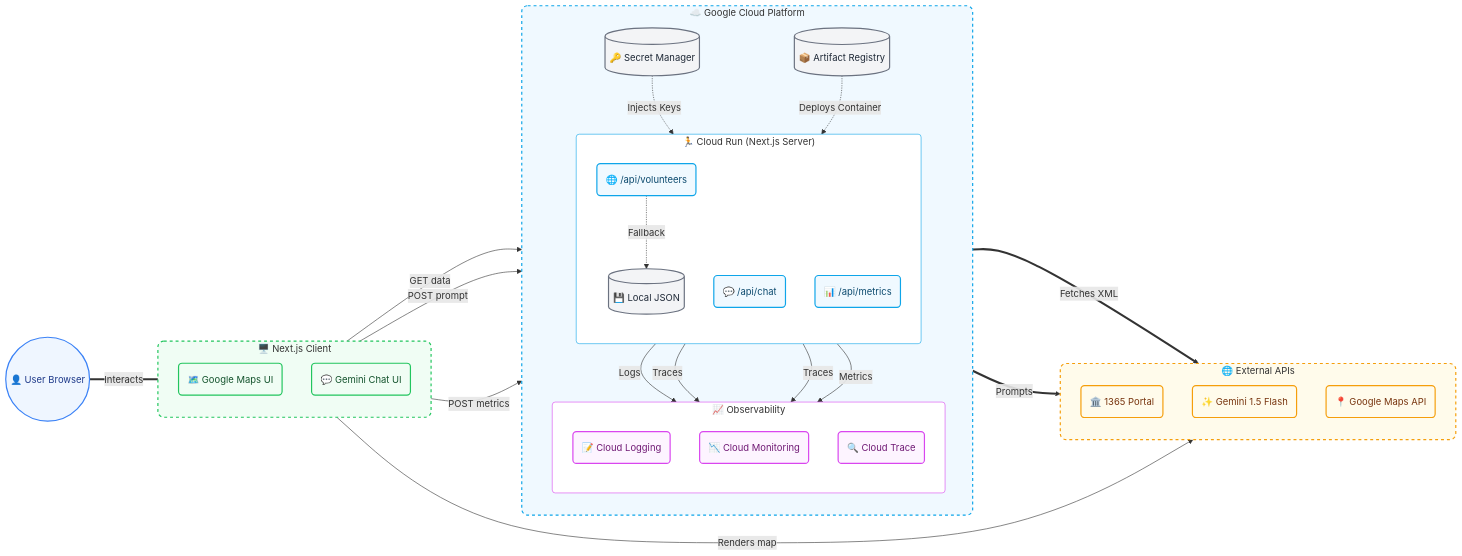
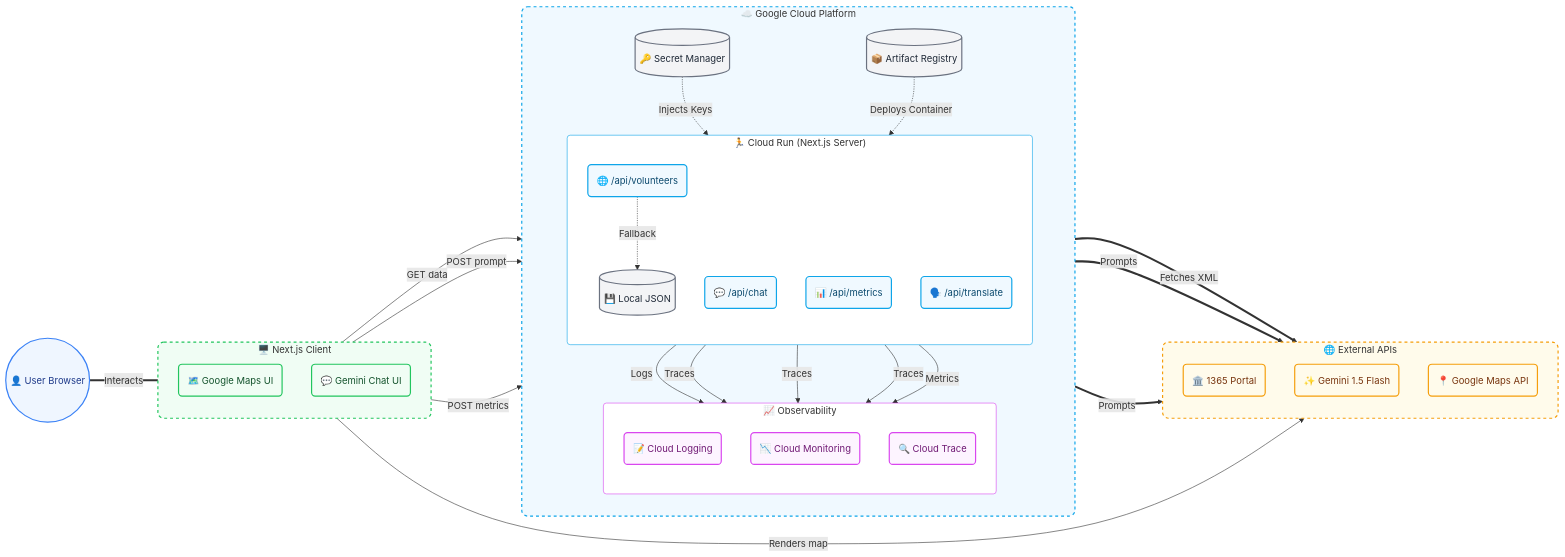
One commit to bbb1293/volunteer-map-korea changed the diagram in README.md. Above: the diagram before and after it, drawn with Mermaid. The commit also changed other lines of this file, not shown here.

Commit message:
docs: clarify local .env vs Secret Manager & add translation API to diagram

````diff
--- a/README.md
+++ b/README.md
@@ -63,6 +63,7 @@
             API_Vol("🌐 /api/volunteers"):::gcpNode
             API_Chat("💬 /api/chat"):::gcpNode
             API_Met("📊 /api/metrics"):::gcpNode
+            API_Trans("🗣️ /api/translate"):::gcpNode
             Cache[("💾 Local JSON")]:::dbNode
         end
         
@@ -97,6 +98,7 @@
     API_Vol -.->|"Fallback"| Cache
     
     API_Chat ==>|"Prompts"| Gem
+    API_Trans ==>|"Prompts"| Gem
     
     Sec -.->|"Injects Keys"| CloudRun
     Art -.->|"Deploys Container"| CloudRun
@@ -104,5 +106,6 @@
     API_Met -->|"Logs"| Log
     API_Vol -->|"Traces"| Trace
     API_Chat -->|"Traces"| Trace
+    API_Trans -->|"Traces"| Trace
     CloudRun -->|"Metrics"| Mon
 ```
````
